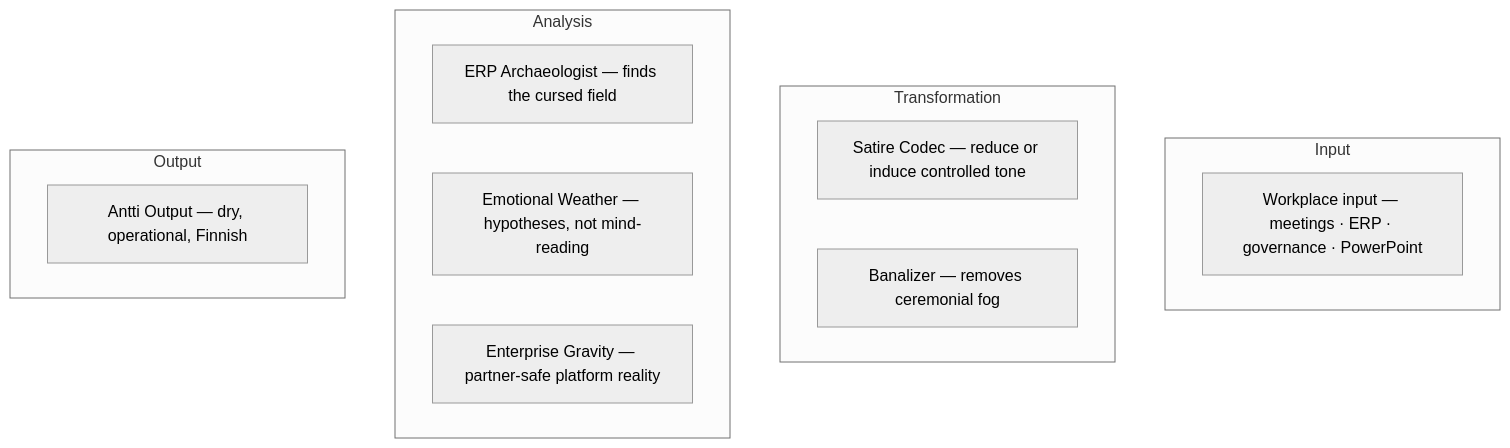
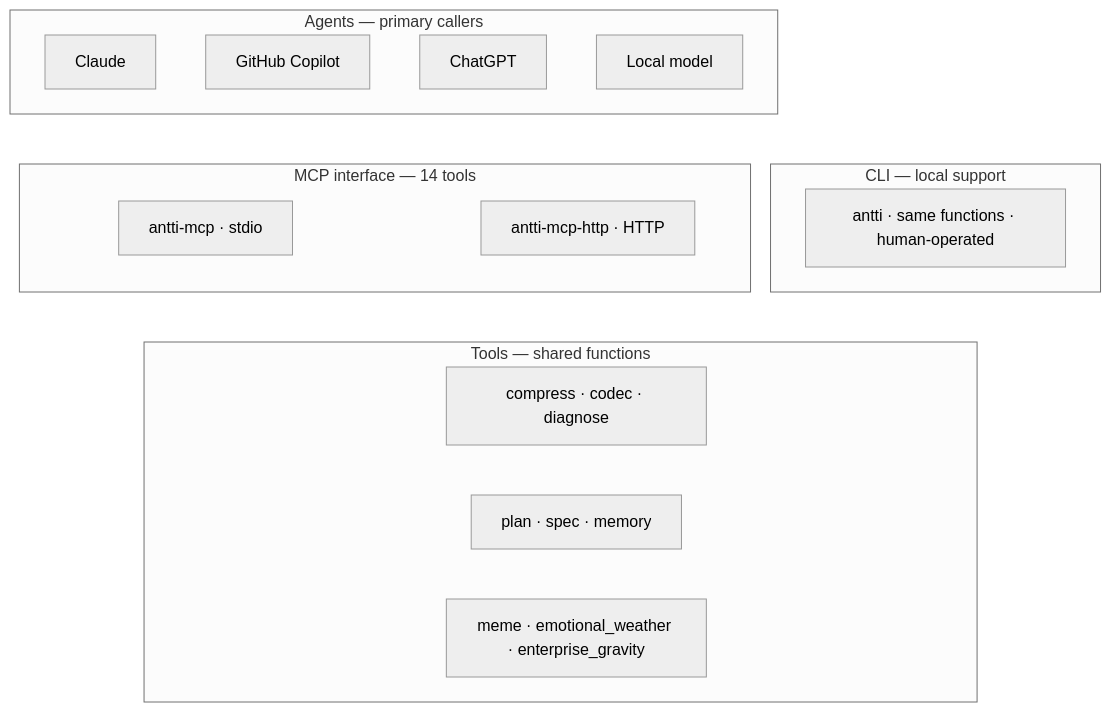
The first of 2 diagrams in README.md (epical-antti-syvanne/antti-stack), drawn with Mermaid (neutral theme) before and after one commit. The commit also changed other lines of this file, not shown here.

Commit message:
docs: MCP is primary interface, CLI is local support — framing corrected throughout

````diff
--- a/README.md
+++ b/README.md
@@ -387,18 +399,31 @@
 ```mermaid
-graph TD
-    subgraph "Input"
-        input[Workplace input — meetings · ERP · governance · PowerPoint]
+graph TB
+    subgraph "Agents — primary callers"
+        claude[Claude]
+        chatgpt[ChatGPT]
+        ghcp[GitHub Copilot]
+        local[Local model]
     end
-    subgraph "Transformation"
-        codec[Satire Codec — reduce or induce controlled tone]
-        banalizer[Banalizer — removes ceremonial fog]
+    subgraph "MCP interface — 14 tools"
+        stdio[antti-mcp · stdio]
+        http[antti-mcp-http · HTTP]
     end
-    subgraph "Analysis"
-        erp[ERP Archaeologist — finds the cursed field]
-        weather[Emotional Weather — hypotheses, not mind-reading]
-        gravity[Enterprise Gravity — partner-safe platform reality]
+    subgraph "Tools — shared functions"
+        compress[compress · codec · diagnose]
+        plan[plan · spec · memory]
+        meme[meme · emotional_weather · enterprise_gravity]
     end
-    subgraph "Output"
-        out[Antti Output — dry, operational, Finnish]
+    subgraph "CLI — local support"
+        cli[antti · same functions · human-operated]
     end
+
+    claude ~~~ stdio
+    chatgpt ~~~ http
+    ghcp ~~~ stdio
+    local ~~~ http
+    stdio ~~~ compress
+    http ~~~ compress
+    compress ~~~ plan
+    plan ~~~ meme
+    cli ~~~ compress
 ```
````
